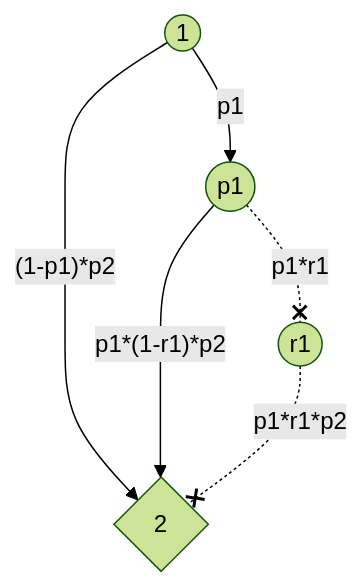
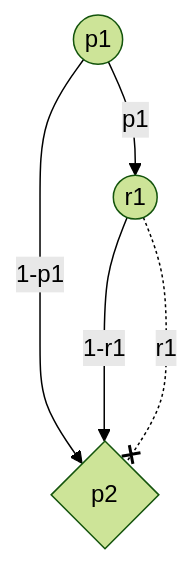
The first of 3 diagrams in vault/sem2/AuW/UE/cx/bf/cx07-bf.md (bfeitknecht/vault), drawn with Mermaid (forest theme) before and after one commit.

Commit message:
vault backup: 2024-05-03 23:26:10 from MacBook Pro (echo)
Affected files:
vault/sem2/AuW/UE/cx/bf/cx07-bf.md

````diff
--- a/vault/sem2/AuW/UE/cx/bf/cx07-bf.md
+++ b/vault/sem2/AuW/UE/cx/bf/cx07-bf.md
@@ -2,15 +2,14 @@
 ```mermaid
 flowchart TD
 
-id1((1))
-id2{2}
-id3((p1))
-id4((r1))
+id1((p1))
+id2{p2}
+id3((r1))
 
-id1-->|"(1-p1)*p2"|id2
+id1-->|"1-p1"|id2
 id1-->|"p1"|id3
-id3-.-x|"p1*r1"|id4
-id3-->|"p1*(1-r1)*p2"|id2
-id4-.-x|"p1*r1*p2"|id2
+id3-->|"1-r1"|id2
+id3-..-x|"r1"|id2
+
 
 ```
````
